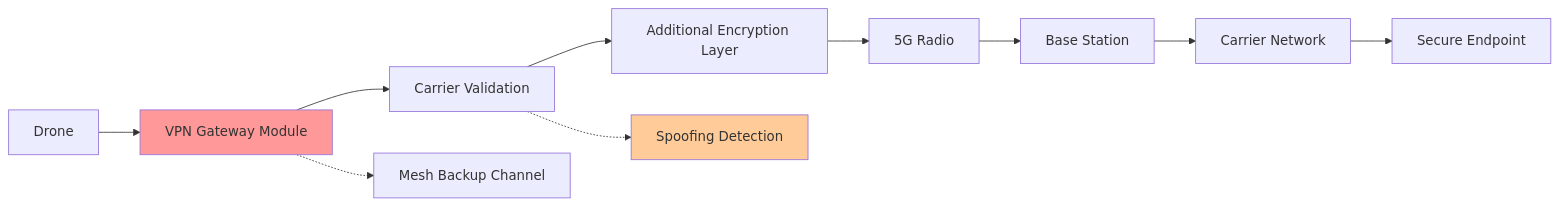
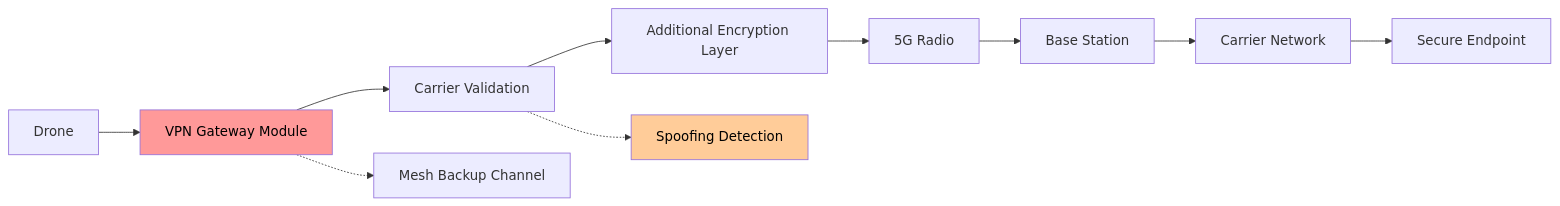
The second of 6 diagrams in README.md (ResQTerra/terrasearch-core), drawn with Mermaid before and after one commit. The commit also changed other lines of this file, not shown here.

````diff
--- a/README.md
+++ b/README.md
@@ -102,17 +102,17 @@
 ```mermaid
 graph LR
     DRONE[Drone] --> VPN_GW[VPN Gateway Module]
     VPN_GW --> CARRIER_VALIDATE[Carrier Validation]
     CARRIER_VALIDATE --> ENCRYPT[Additional Encryption Layer]
     ENCRYPT --> 5G_RADIO[5G Radio]
     
     5G_RADIO --> BASESTATION[Base Station]
     BASESTATION --> CARRIER_NET[Carrier Network]
     CARRIER_NET --> SECURE_ENDPOINT[Secure Endpoint]
     
     VPN_GW -.-> MESH_BACKUP[Mesh Backup Channel]
     CARRIER_VALIDATE -.-> SPOOF_DETECT[Spoofing Detection]
     
-    style VPN_GW fill:#ff9999
-    style SPOOF_DETECT fill:#ffcc99
+    style VPN_GW fill:#ff9999,color:#000
+    style SPOOF_DETECT fill:#ffcc99,color:#000
 ```
````
